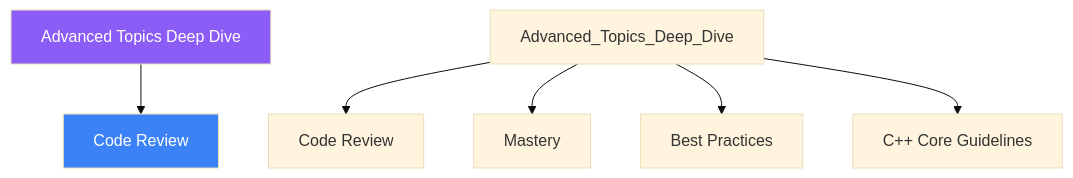
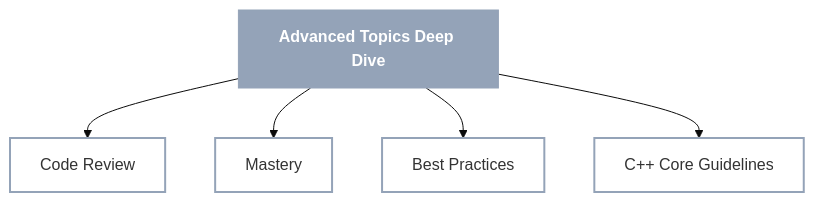
The diagram in mkdocs-site/docs/days/day-29/02-definition.md (AI-Maddy/Learn-Modern-CPP-OOP-30-Days), drawn with Mermaid (base theme) before and after one commit. The commit also changed 99 other files, not shown here.

````diff
--- a/mkdocs-site/docs/days/day-29/02-definition.md
+++ b/mkdocs-site/docs/days/day-29/02-definition.md
@@ -221,10 +221,12 @@
 ```mermaid
 graph TD
-    ROOT["Advanced Topics Deep Dive"] --> A["Code Review"]
-    Advanced_Topics_Deep_Dive --> Code_Review["Code Review"]
-    Advanced_Topics_Deep_Dive --> Mastery["Mastery"]
-    Advanced_Topics_Deep_Dive --> Best_Practices["Best Practices"]
-    Advanced_Topics_Deep_Dive --> C++_Core_Guidelines["C++ Core Guidelines"]
-    style ROOT fill:#8b5cf6,color:#fff
-    style A    fill:#3b82f6,color:#fff
+    ROOT["Advanced Topics Deep Dive"]
+    ROOT --> n0["Code Review"]
+    ROOT --> n1["Mastery"]
+    ROOT --> n2["Best Practices"]
+    ROOT --> n3["C++ Core Guidelines"]
+    classDef topic fill:#94a3b8,stroke:#94a3b8,color:#ffffff,font-weight:bold
+    classDef concept fill:transparent,stroke:#94a3b8,stroke-width:2px
+    class ROOT topic
+    class n0,n1,n2,n3 concept
 ```
````
